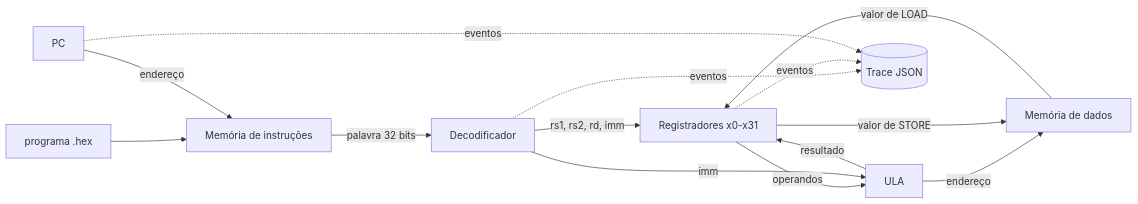
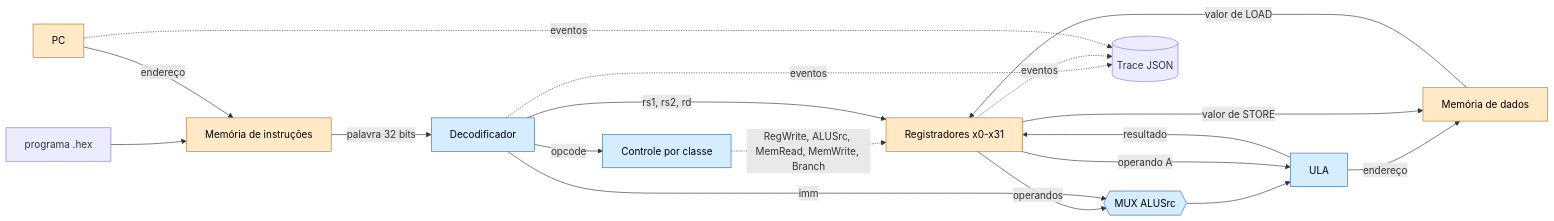
The diagram in docs/arquitetura.md (LelisKevin/atividade_minirv), drawn with Mermaid before and after one commit. The commit also changed other lines of this file and 18 other files, not shown here.

````diff
--- a/docs/arquitetura.md
+++ b/docs/arquitetura.md
@@ -6,16 +6,25 @@
 ```mermaid
 flowchart LR
     HEX[programa .hex] --> IMEM[Memória de instruções]
     PC[PC] -->|endereço| IMEM
     IMEM -->|palavra 32 bits| DEC[Decodificador]
-    DEC -->|rs1, rs2, rd, imm| REG[Registradores x0-x31]
-    REG -->|operandos| ALU[ULA]
-    DEC -->|imm| ALU
+    DEC -->|opcode| CTRL[Controle por classe]
+    CTRL -. RegWrite, ALUSrc, MemRead, MemWrite, Branch .-> REG
+    DEC -->|rs1, rs2, rd| REG[Registradores x0-x31]
+    REG -->|operandos| MUX{{MUX ALUSrc}}
+    DEC -->|imm| MUX
+    MUX --> ALU[ULA]
+    REG -->|operando A| ALU
     ALU -->|resultado| REG
     ALU -->|endereço| DMEM[Memória de dados]
     REG -->|valor de STORE| DMEM
     DMEM -->|valor de LOAD| REG
     DEC -. eventos .-> TRACE[(Trace JSON)]
     REG -. eventos .-> TRACE
     PC -. eventos .-> TRACE
+
+    classDef comb fill:#d6ecff,stroke:#2b6cb0,color:#000;
+    classDef seq fill:#ffe9c7,stroke:#b7791f,color:#000;
+    class DEC,CTRL,MUX,ALU comb;
+    class PC,REG,IMEM,DMEM seq;
 ```
````
